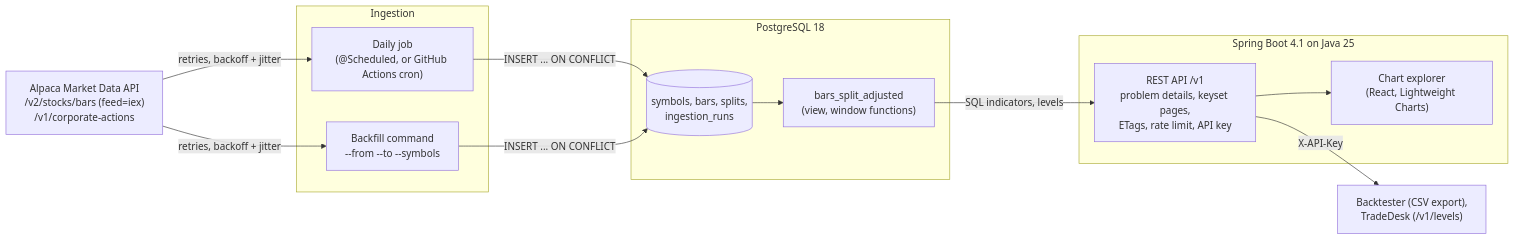
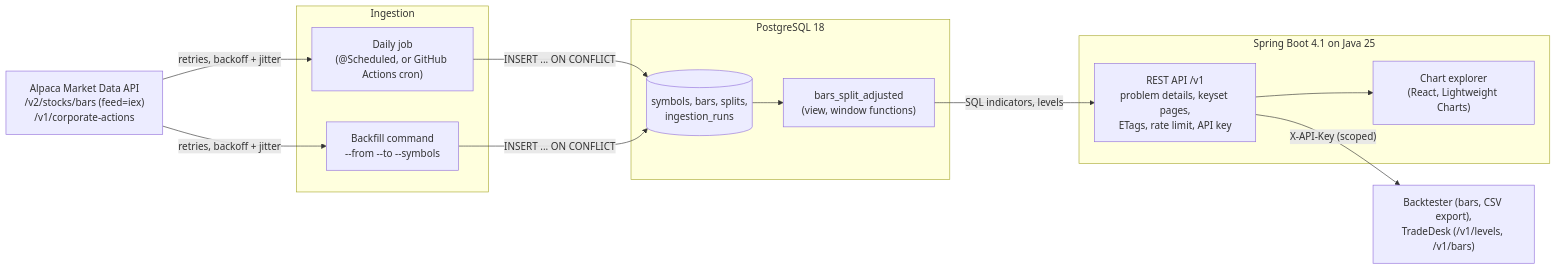
Before and after one commit to lokaz-c/market-data: the diagram in README.md, drawn with Mermaid. The commit also changed other lines of this file, not shown here.

Commit message:
README: key scopes, migrating from API_KEY_SHA256, RateLimit headers

````diff
--- a/README.md
+++ b/README.md
@@ -24,22 +24,22 @@
 ```mermaid
 flowchart LR
     alpaca["Alpaca Market Data API<br/>/v2/stocks/bars (feed=iex)<br/>/v1/corporate-actions"]
     subgraph ingest["Ingestion"]
         job["Daily job<br/>(@Scheduled, or GitHub Actions cron)"]
         backfill["Backfill command<br/>--from --to --symbols"]
     end
     subgraph pg["PostgreSQL 18"]
         tables[("symbols, bars, splits,<br/>ingestion_runs")]
         view["bars_split_adjusted<br/>(view, window functions)"]
     end
     subgraph app["Spring Boot 4.1 on Java 25"]
         api["REST API /v1<br/>problem details, keyset pages,<br/>ETags, rate limit, API key"]
         ui["Chart explorer<br/>(React, Lightweight Charts)"]
     end
     alpaca -- "retries, backoff + jitter" --> job & backfill
     job & backfill -- "INSERT ... ON CONFLICT" --> tables
     tables --> view
     view -- "SQL indicators, levels" --> api
     api --> ui
-    api -- "X-API-Key" --> clients["Backtester (CSV export),<br/>TradeDesk (/v1/levels)"]
+    api -- "X-API-Key (scoped)" --> clients["Backtester (bars, CSV export),<br/>TradeDesk (/v1/levels, /v1/bars)"]
 ```
````
